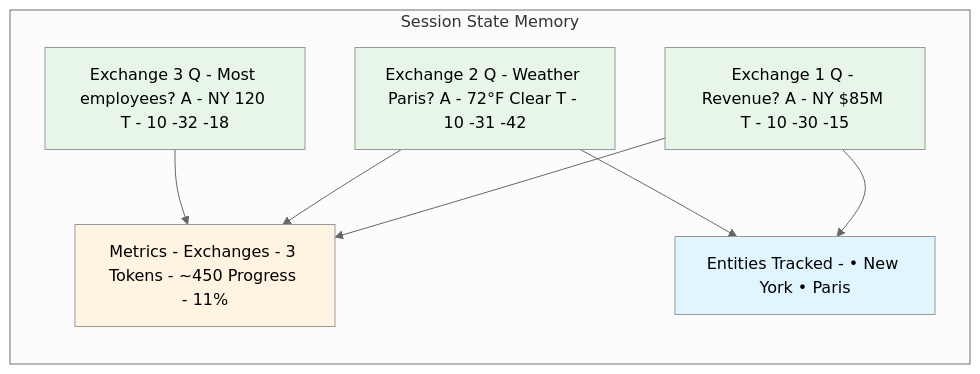
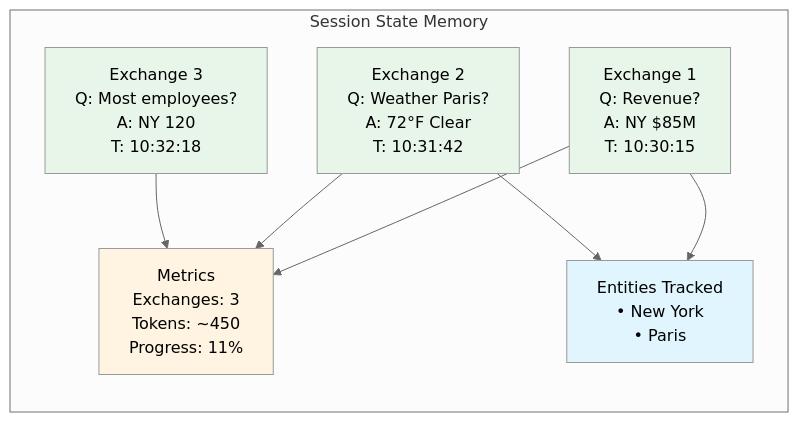
One commit to skillrepos/ai-3in1 changed the sixth of 7 diagrams in docs/architecture-lab8.md. Above: the diagram before and after it, drawn with Mermaid (neutral theme). The commit also changed other lines of this file, not shown here.

````diff
--- a/docs/architecture-lab8.md
+++ b/docs/architecture-lab8.md
@@ -285,24 +285,24 @@
 ```mermaid
 graph LR
     subgraph "Session State Memory"
-        E1["Exchange 1 Q - Revenue? A - NY $85M T - 10 -30 -15"]
-        E2["Exchange 2 Q - Weather Paris? A - 72°F Clear T - 10 -31 -42"]
-        E3["Exchange 3 Q - Most employees? A - NY 120 T - 10 -32 -18"]
+        E1["Exchange 1<br/>Q: Revenue?<br/>A: NY $85M<br/>T: 10:30:15"]
+        E2["Exchange 2<br/>Q: Weather Paris?<br/>A: 72°F Clear<br/>T: 10:31:42"]
+        E3["Exchange 3<br/>Q: Most employees?<br/>A: NY 120<br/>T: 10:32:18"]
 
-        Entities["Entities Tracked - • New York • Paris"]
+        Entities["Entities Tracked<br/>• New York<br/>• Paris"]
 
-        Stats["Metrics - Exchanges - 3 Tokens - ~450 Progress - 11%"]
+        Stats["Metrics<br/>Exchanges: 3<br/>Tokens: ~450<br/>Progress: 11%"]
     end
 
     E1 --> Stats
     E2 --> Stats
     E3 --> Stats
     E1 --> Entities
     E2 --> Entities
 
     style E1 fill:#e8f5e9
     style E2 fill:#e8f5e9
     style E3 fill:#e8f5e9
     style Entities fill:#e1f5ff
     style Stats fill:#fff4e1
 ```
````
